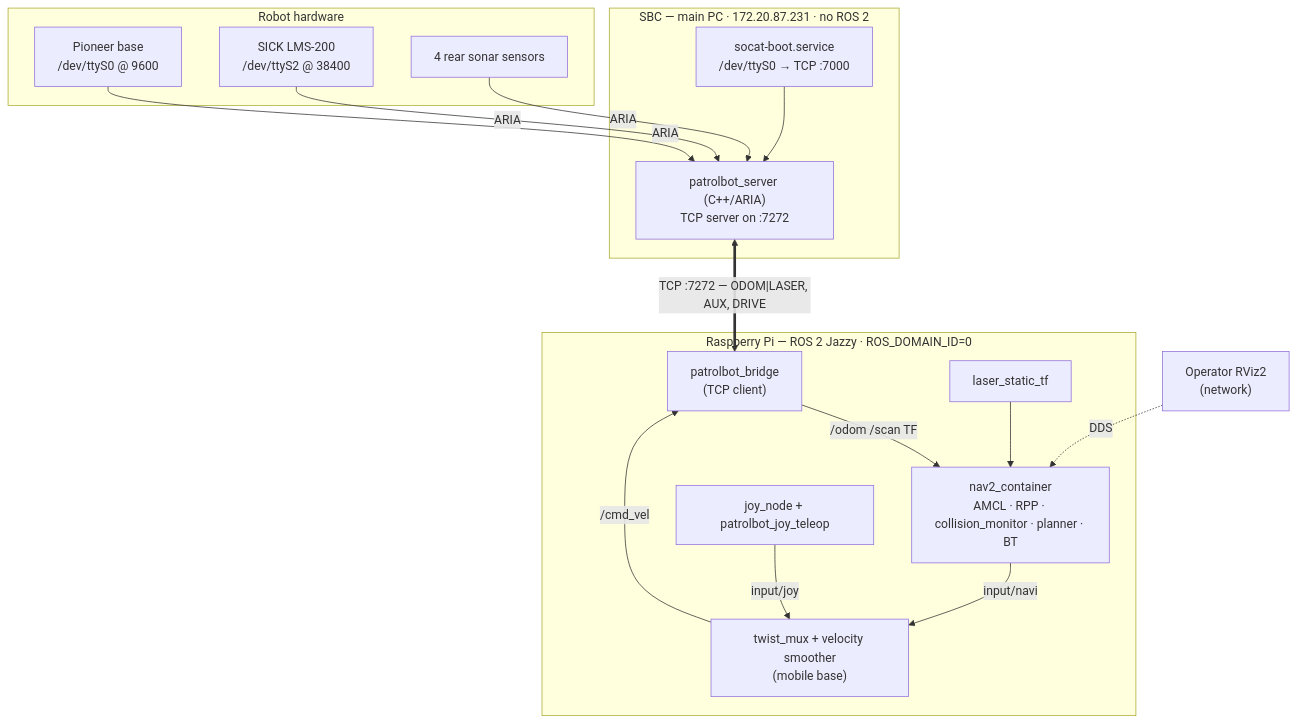
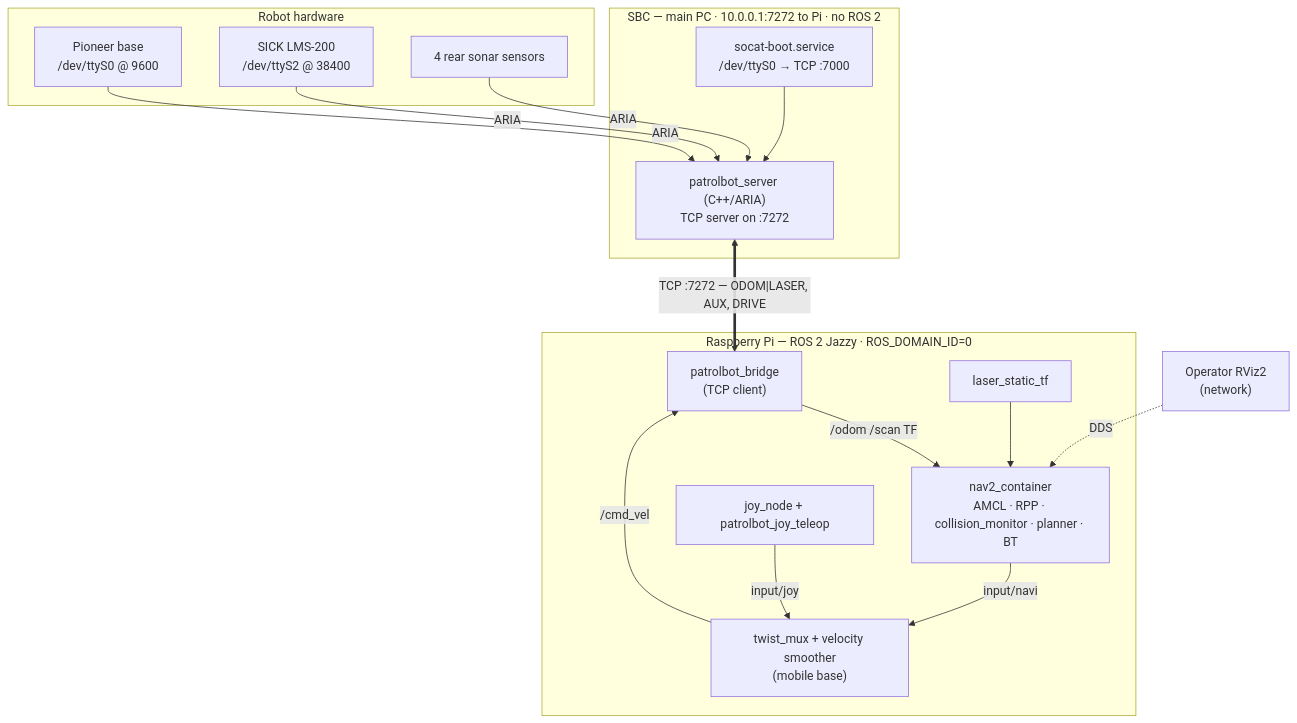
The first of 2 diagrams in docs/architecture/overview.md (cmu-impactlab/patrolbot), drawn with Mermaid before and after one commit. The commit also changed 103 other files, not shown here.

````diff
--- a/docs/architecture/overview.md
+++ b/docs/architecture/overview.md
@@ -42,34 +42,34 @@
 ```mermaid
 flowchart TB
-    subgraph SBC["SBC — main PC · 172.20.87.231 · no ROS 2"]
+    subgraph SBC["SBC — main PC · 10.0.0.1:7272 to Pi · no ROS 2"]
         SOCAT["socat-boot.service\n/dev/ttyS0 → TCP :7000"]
         SERVER["patrolbot_server (C++/ARIA)\nTCP server on :7272"]
         SOCAT --> SERVER
     end
 
     subgraph HW["Robot hardware"]
         BASE["Pioneer base\n/dev/ttyS0 @ 9600"]
         LASER["SICK LMS-200\n/dev/ttyS2 @ 38400"]
         SONAR["4 rear sonar sensors"]
     end
 
     BASE -- ARIA --> SERVER
     LASER -- ARIA --> SERVER
     SONAR -- ARIA --> SERVER
 
     subgraph PI["Raspberry Pi — ROS 2 Jazzy · ROS_DOMAIN_ID=0"]
         BRIDGE["patrolbot_bridge\n(TCP client)"]
         NAVCON["nav2_container\nAMCL · RPP · collision_monitor · planner · BT"]
         MUX["twist_mux + velocity smoother\n(mobile base)"]
         JOY["joy_node + patrolbot_joy_teleop"]
         TF["laser_static_tf"]
         BRIDGE -->|"/odom /scan TF"| NAVCON
         TF --> NAVCON
         NAVCON -->|"input/navi"| MUX
         JOY -->|"input/joy"| MUX
         MUX -->|"/cmd_vel"| BRIDGE
     end
 
     SERVER <==>|"TCP :7272 — ODOM|LASER, AUX, DRIVE"| BRIDGE
     OP["Operator RViz2\n(network)"] -.->|"DDS"| NAVCON
 ```
````
